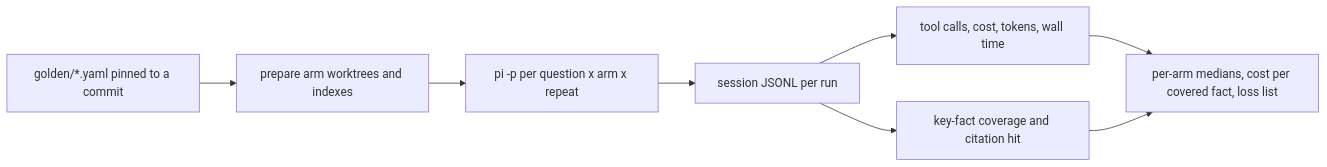
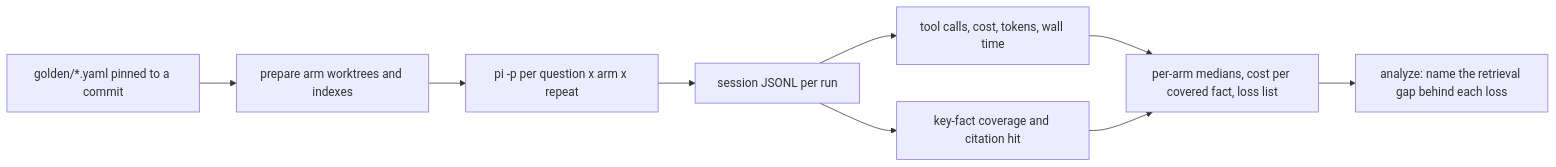
The diagram in evals/README.md (smritikosh/smritikosh), drawn with Mermaid before and after one commit. The commit also changed other lines of this file and 24 other files, not shown here.

````diff
--- a/evals/README.md
+++ b/evals/README.md
@@ -71,10 +129,11 @@
 ```mermaid
 flowchart LR
   Golden["golden/*.yaml pinned to a commit"] --> Prep["prepare arm worktrees and indexes"]
   Prep --> Run["pi -p per question x arm x repeat"]
   Run --> Sessions["session JSONL per run"]
   Sessions --> Metrics["tool calls, cost, tokens, wall time"]
   Sessions --> Grade["key-fact coverage and citation hit"]
   Metrics --> Report["per-arm medians, cost per covered fact, loss list"]
   Grade --> Report
+  Report --> Gaps["analyze: name the retrieval gap behind each loss"]
 ```
````
